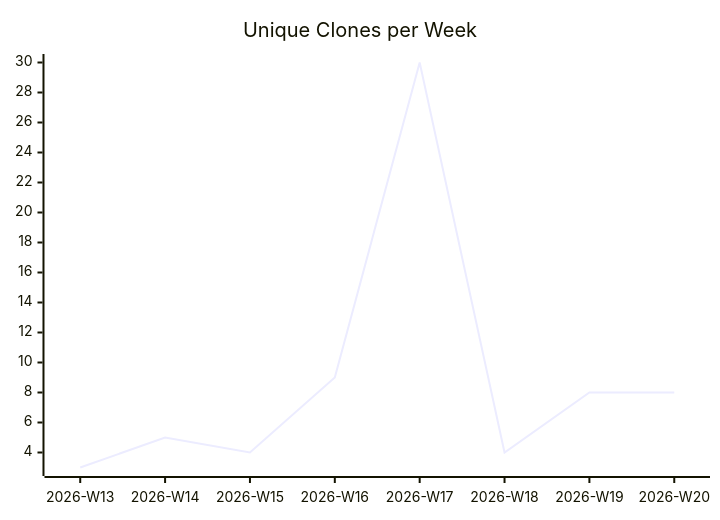
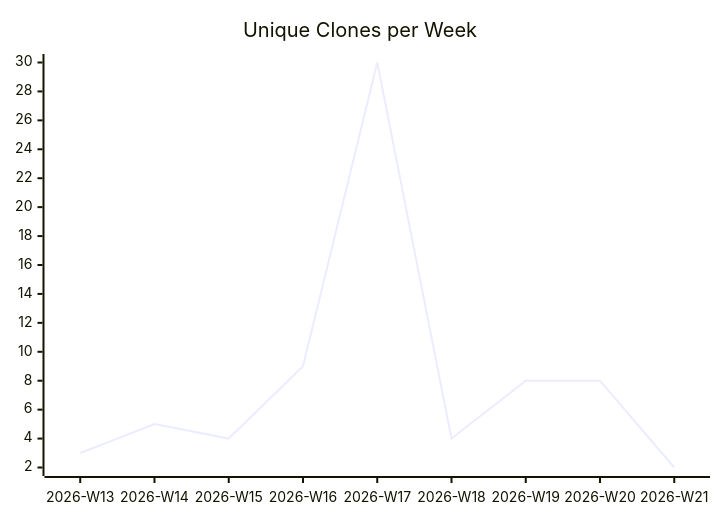
Before and after one commit to justdavis-family/github-analytics-data: the third of 3 diagrams in karlmdavis/dotfiles/README.md, drawn with Mermaid. The commit also changed other lines of this file and 189 other files, not shown here.

````diff
--- a/karlmdavis/dotfiles/README.md
+++ b/karlmdavis/dotfiles/README.md
@@ -19,6 +19,6 @@
 ```mermaid
 xychart-beta
   title "Unique Clones per Week"
-  x-axis ["2026-W13", "2026-W14", "2026-W15", "2026-W16", "2026-W17", "2026-W18", "2026-W19", "2026-W20"]
-  line [3, 5, 4, 9, 30, 4, 8, 8]
+  x-axis ["2026-W13", "2026-W14", "2026-W15", "2026-W16", "2026-W17", "2026-W18", "2026-W19", "2026-W20", "2026-W21"]
+  line [3, 5, 4, 9, 30, 4, 8, 8, 2]
 ```
````
